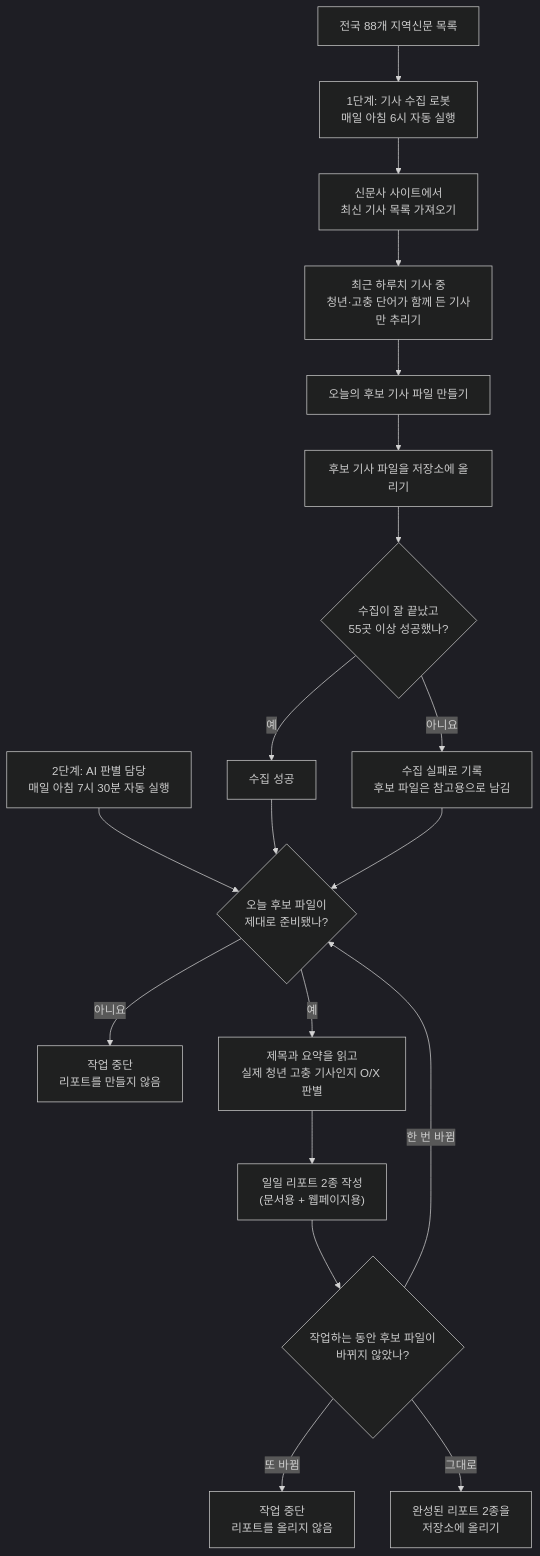
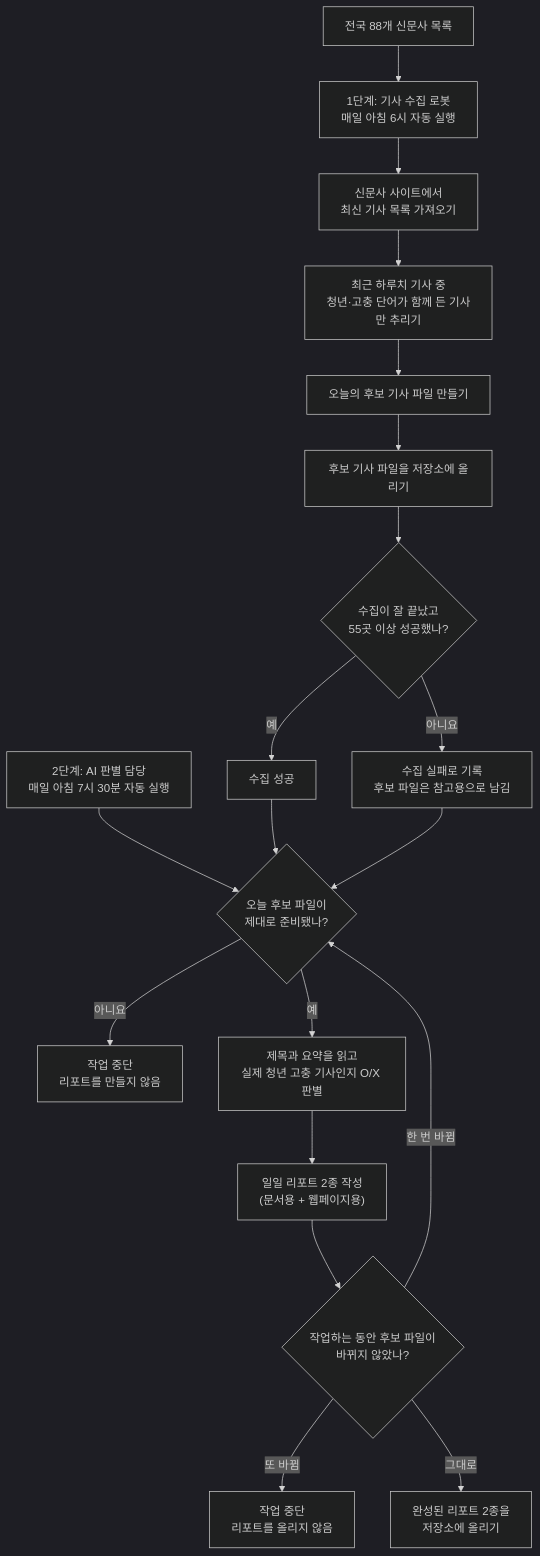
The diagram in README.md (ray-ho33/bal-gul-template), drawn with Mermaid (dark theme) before and after one commit. The commit also changed other lines of this file and 3 other files, not shown here.

````diff
--- a/README.md
+++ b/README.md
@@ -35,22 +35,22 @@
 ```mermaid
 flowchart TD
-    A["전국 88개 지역신문 목록"] --> B["1단계: 기사 수집 로봇<br/>매일 아침 6시 자동 실행"]
+    A["전국 88개 신문사 목록"] --> B["1단계: 기사 수집 로봇<br/>매일 아침 6시 자동 실행"]
     B --> C["신문사 사이트에서<br/>최신 기사 목록 가져오기"]
     C --> D["최근 하루치 기사 중<br/>청년·고충 단어가 함께 든 기사만 추리기"]
     D --> E["오늘의 후보 기사 파일 만들기"]
     E --> F["후보 기사 파일을 저장소에 올리기"]
     F --> G{"수집이 잘 끝났고<br/>55곳 이상 성공했나?"}
     G -- 아니요 --> H["수집 실패로 기록<br/>후보 파일은 참고용으로 남김"]
     G -- 예 --> I["수집 성공"]
 
     J["2단계: AI 판별 담당<br/>매일 아침 7시 30분 자동 실행"] --> K{"오늘 후보 파일이<br/>제대로 준비됐나?"}
     I --> K
     H --> K
     K -- 아니요 --> L["작업 중단<br/>리포트를 만들지 않음"]
     K -- 예 --> M["제목과 요약을 읽고<br/>실제 청년 고충 기사인지 O/X 판별"]
     M --> N["일일 리포트 2종 작성<br/>(문서용 + 웹페이지용)"]
     N --> O{"작업하는 동안 후보 파일이<br/>바뀌지 않았나?"}
     O -- 한 번 바뀜 --> K
     O -- 또 바뀜 --> P["작업 중단<br/>리포트를 올리지 않음"]
     O -- 그대로 --> Q["완성된 리포트 2종을<br/>저장소에 올리기"]
 ```
````
